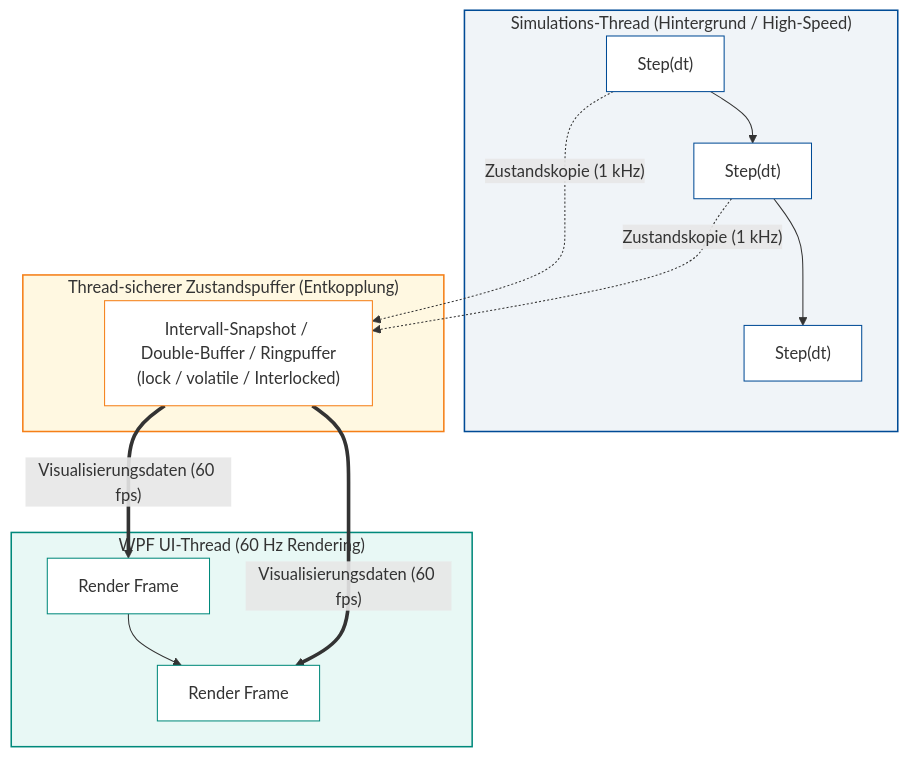
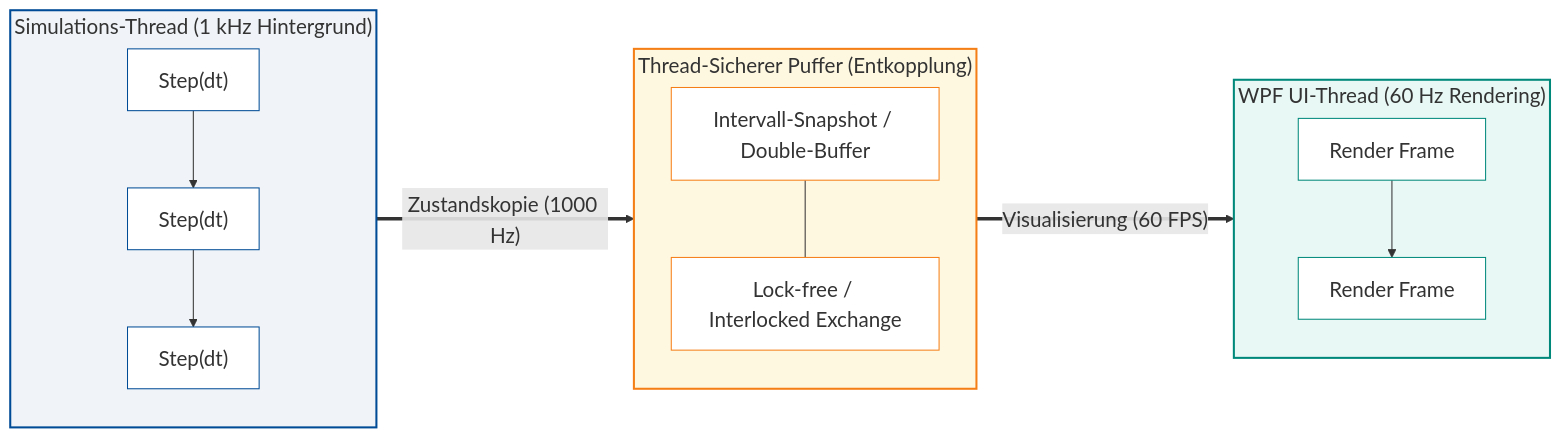
Before and after one commit to ghackenberg/kurs-computer-simulation: the diagram in Folien/11_Epilog/Diagramme/Thread_Architektur_Simulation.mmd, drawn with Mermaid. The commit also changed 88 other files, not shown here.

```diff
--- a/Folien/11_Epilog/Diagramme/Thread_Architektur_Simulation.mmd
+++ b/Folien/11_Epilog/Diagramme/Thread_Architektur_Simulation.mmd
@@ -1,27 +1,32 @@
-flowchart TD
-    subgraph ST["Simulations-Thread (Hintergrund / High-Speed)"]
+%%{init: {'themeVariables': {'fontSize': '20px'}}}%%
+flowchart LR
+    subgraph ST["Simulations-Thread (1 kHz Hintergrund)"]
+        direction TB
         S1["Step(dt)"] --> S2["Step(dt)"] --> S3["Step(dt)"]
     end
 
-    subgraph BUF["Thread-sicherer Zustandspuffer (Entkopplung)"]
-        B["Intervall-Snapshot / Double-Buffer / Ringpuffer<br/>(lock / volatile / Interlocked)"]
+    subgraph BUF["Thread-Sicherer Puffer (Entkopplung)"]
+        direction TB
+        B1["Intervall-Snapshot / Double-Buffer"]
+        B2["Lock-free / Interlocked Exchange"]
+        B1 --- B2
     end
 
     subgraph UI["WPF UI-Thread (60 Hz Rendering)"]
+        direction TB
         R1["Render Frame"] --> R2["Render Frame"]
     end
 
-    S1 -.->|"Zustandskopie (1 kHz)"| B
-    S2 -.->|"Zustandskopie (1 kHz)"| B
-    B ==>|"Visualisierungsdaten (60 fps)"| R1
-    B ==>|"Visualisierungsdaten (60 fps)"| R2
+    ST ==>|"Zustandskopie (1000 Hz)"| BUF
+    BUF ==>|"Visualisierung (60 FPS)"| UI
 
-    style ST fill:#f0f4f8,stroke:#004B96,stroke-width:1.5px
-    style BUF fill:#fff8e1,stroke:#f57f17,stroke-width:1.5px
-    style UI fill:#e8f8f5,stroke:#00897b,stroke-width:1.5px
+    style ST fill:#f0f4f8,stroke:#004B96,stroke-width:2px
+    style BUF fill:#fff8e1,stroke:#f57f17,stroke-width:2px
+    style UI fill:#e8f8f5,stroke:#00897b,stroke-width:2px
     style S1 fill:#ffffff,stroke:#004B96,stroke-width:1px
     style S2 fill:#ffffff,stroke:#004B96,stroke-width:1px
     style S3 fill:#ffffff,stroke:#004B96,stroke-width:1px
-    style B fill:#ffffff,stroke:#f57f17,stroke-width:1px
+    style B1 fill:#ffffff,stroke:#f57f17,stroke-width:1px
+    style B2 fill:#ffffff,stroke:#f57f17,stroke-width:1px
     style R1 fill:#ffffff,stroke:#00897b,stroke-width:1px
     style R2 fill:#ffffff,stroke:#00897b,stroke-width:1px
```
